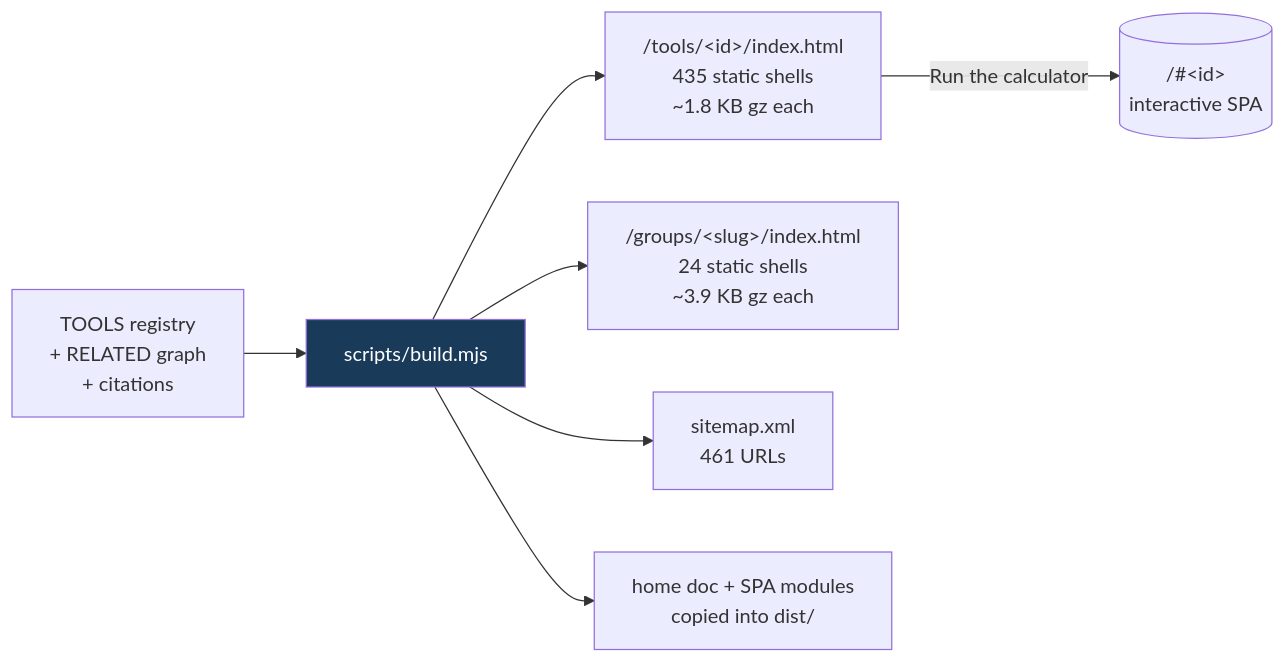
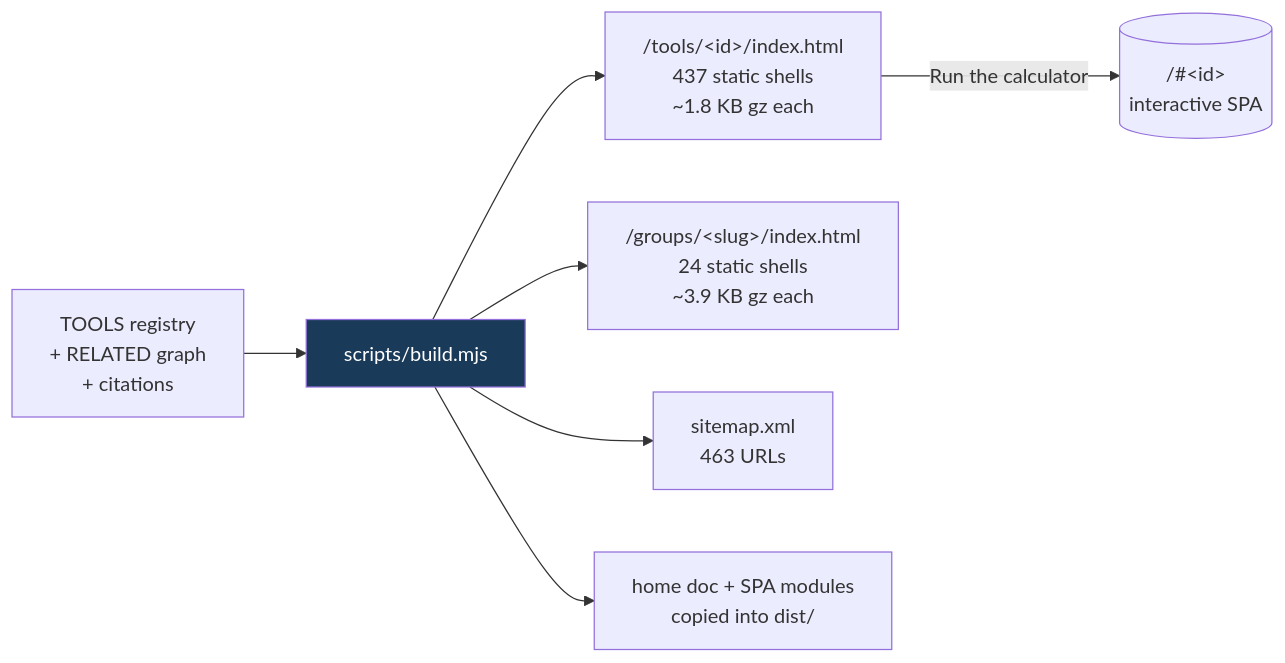
The third of 5 diagrams in README.md (clay-good/roughlogic.com), drawn with Mermaid before and after one commit. The commit also changed other lines of this file and 18 other files, not shown here.

````diff
--- a/README.md
+++ b/README.md
@@ -188,10 +188,10 @@
 ```mermaid
 flowchart LR
     SRC[TOOLS registry\n+ RELATED graph\n+ citations] --> BUILD[scripts/build.mjs]
-    BUILD --> TILE["/tools/&lt;id&gt;/index.html\n435 static shells\n~1.8 KB gz each"]
+    BUILD --> TILE["/tools/&lt;id&gt;/index.html\n437 static shells\n~1.8 KB gz each"]
     BUILD --> GROUP["/groups/&lt;slug&gt;/index.html\n24 static shells\n~3.9 KB gz each"]
-    BUILD --> MAP["sitemap.xml\n461 URLs"]
+    BUILD --> MAP["sitemap.xml\n463 URLs"]
     BUILD --> COPY[home doc + SPA modules\ncopied into dist/]
     TILE -->|Run the calculator| SPA[("/#&lt;id&gt;\ninteractive SPA")]
     style BUILD fill:#1a3a5a,color:#fff
 ```
````
